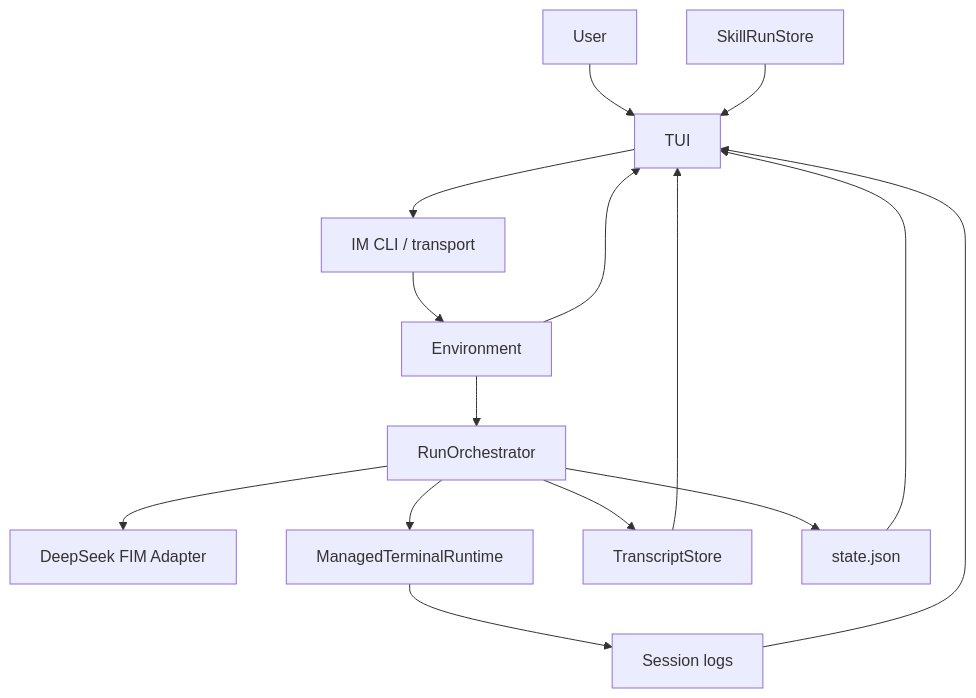
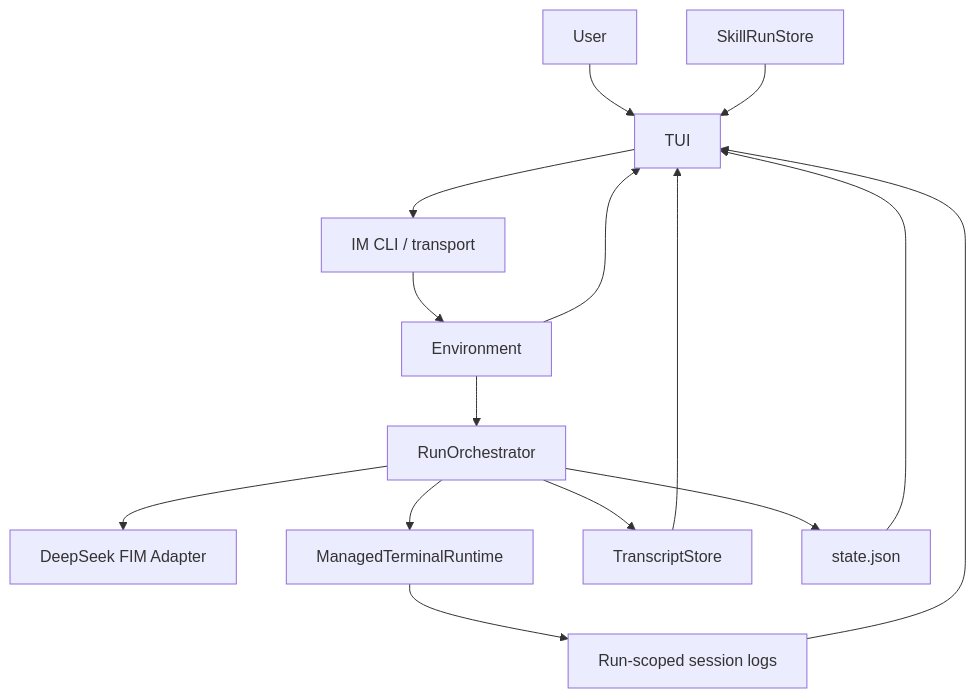
Before and after one commit to chriswangcq/tiny-agent-harness: the diagram in docs/tui.md, drawn with Mermaid. The commit also changed other lines of this file and 12 other files, not shown here.

````diff
--- a/docs/tui.md
+++ b/docs/tui.md
@@ -145,17 +148,17 @@
 ```mermaid
 flowchart TD
   User["User"] --> TUI["TUI"]
   TUI --> IM["IM CLI / transport"]
   IM --> ENV["Environment"]
   ENV --> ORCH["RunOrchestrator"]
   ORCH --> MODEL["DeepSeek FIM Adapter"]
   ORCH --> BASH["ManagedTerminalRuntime"]
   ORCH --> TR["TranscriptStore"]
-  BASH --> SLOG["Session logs"]
+  BASH --> SLOG["Run-scoped session logs"]
   ORCH --> STATE["state.json"]
   TR --> TUI
   STATE --> TUI
   SLOG --> TUI
   ENV --> TUI
   SKILL["SkillRunStore"] --> TUI
 ```
````
